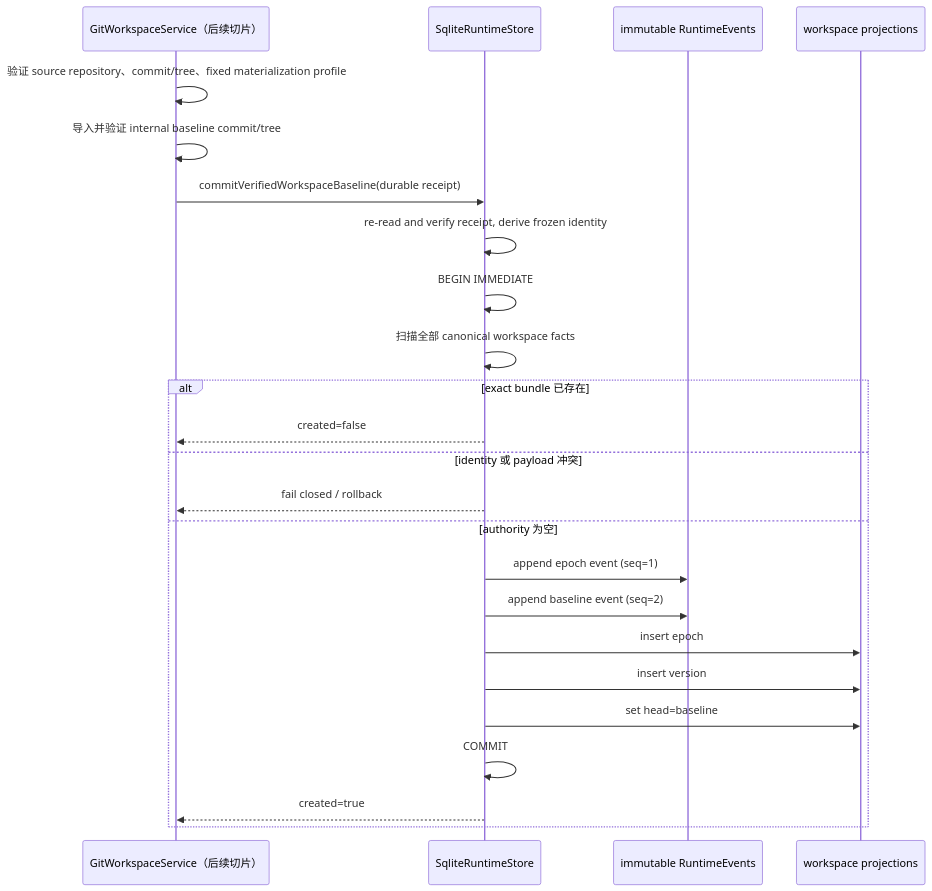
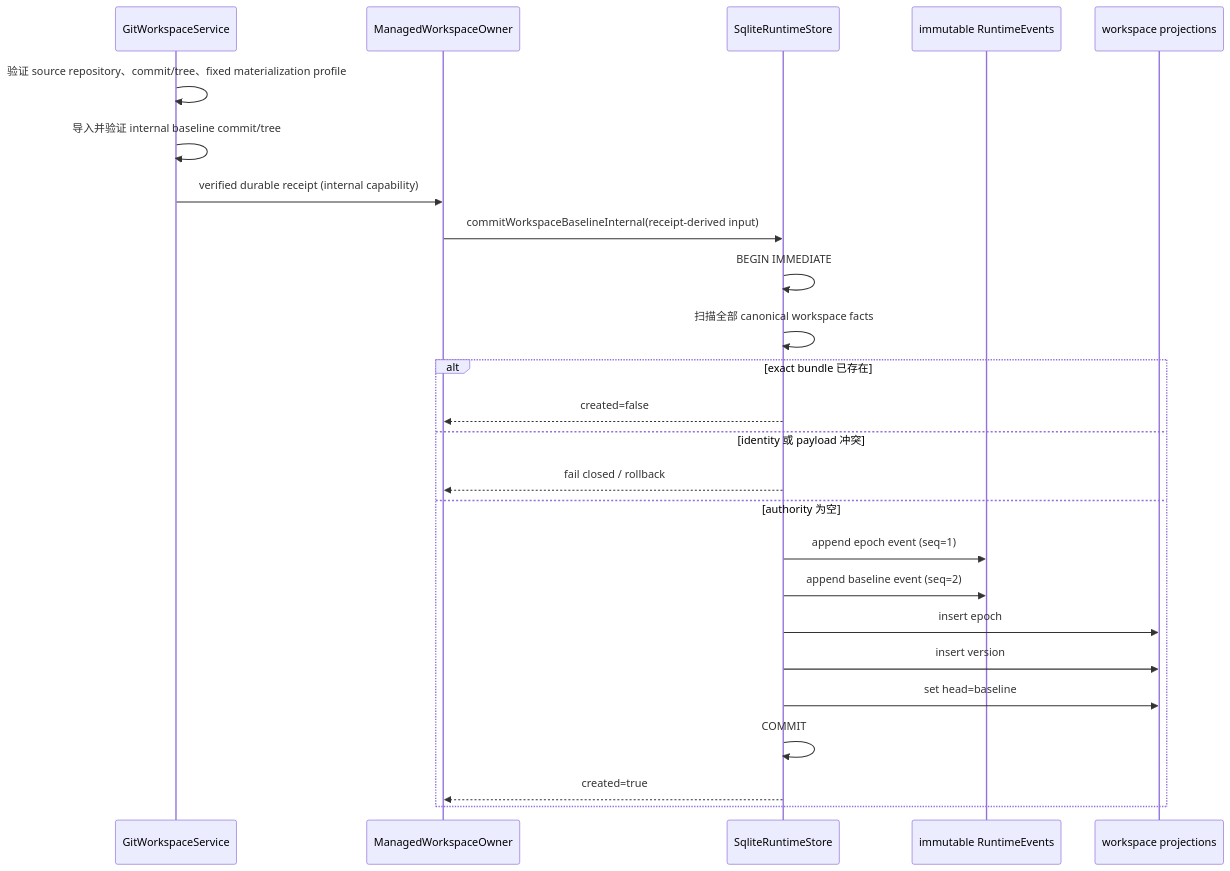
The diagram in docs/architecture/runtime-workspace-version-authority-v1.zh-CN.md (zhiiw/maka-agent), drawn with Mermaid before and after one commit. The commit also changed other lines of this file and 8 other files, not shown here.

Commit message:
fix(storage): close managed baseline authority seams

````diff
--- a/docs/architecture/runtime-workspace-version-authority-v1.zh-CN.md
+++ b/docs/architecture/runtime-workspace-version-authority-v1.zh-CN.md
@@ -182,27 +182,28 @@
 ```mermaid
 sequenceDiagram
-  participant G as GitWorkspaceService（后续切片）
+  participant G as GitWorkspaceService
+  participant O as ManagedWorkspaceOwner
   participant S as SqliteRuntimeStore
   participant E as immutable RuntimeEvents
   participant P as workspace projections
 
   G->>G: 验证 source repository、commit/tree、fixed materialization profile
   G->>G: 导入并验证 internal baseline commit/tree
-  G->>S: commitVerifiedWorkspaceBaseline(durable receipt)
-  S->>S: re-read and verify receipt, derive frozen identity
+  G->>O: verified durable receipt (internal capability)
+  O->>S: commitWorkspaceBaselineInternal(receipt-derived input)
   S->>S: BEGIN IMMEDIATE
   S->>S: 扫描全部 canonical workspace facts
   alt exact bundle 已存在
-    S-->>G: created=false
+    S-->>O: created=false
   else identity 或 payload 冲突
-    S-->>G: fail closed / rollback
+    S-->>O: fail closed / rollback
   else authority 为空
     S->>E: append epoch event (seq=1)
     S->>E: append baseline event (seq=2)
     S->>P: insert epoch
     S->>P: insert version
     S->>P: set head=baseline
     S->>S: COMMIT
-    S-->>G: created=true
+    S-->>O: created=true
   end
 ```
````
